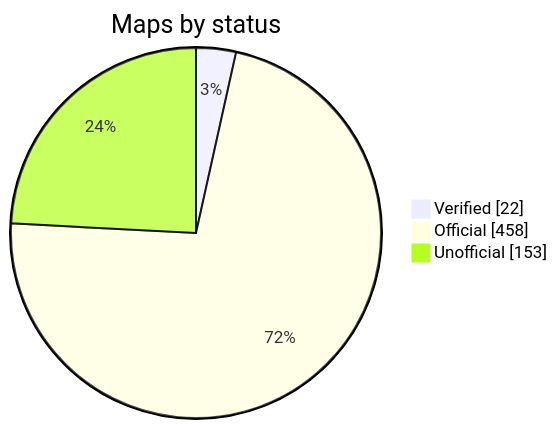
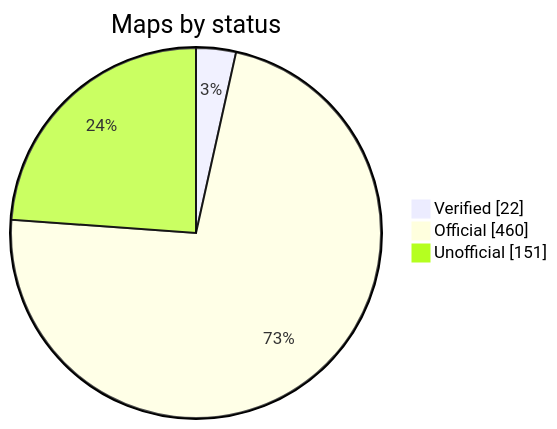
One commit to nobrega8/mbmap-library changed the diagram in README.md. Above: the diagram before and after it, drawn with Mermaid. The commit also changed 7 other files, not shown here.

````diff
--- a/README.md
+++ b/README.md
@@ -52,7 +52,7 @@
 ```mermaid
 pie showData
     title Maps by status
     "Verified" : 22
-    "Official" : 458
-    "Unofficial" : 153
+    "Official" : 460
+    "Unofficial" : 151
 ```
````
